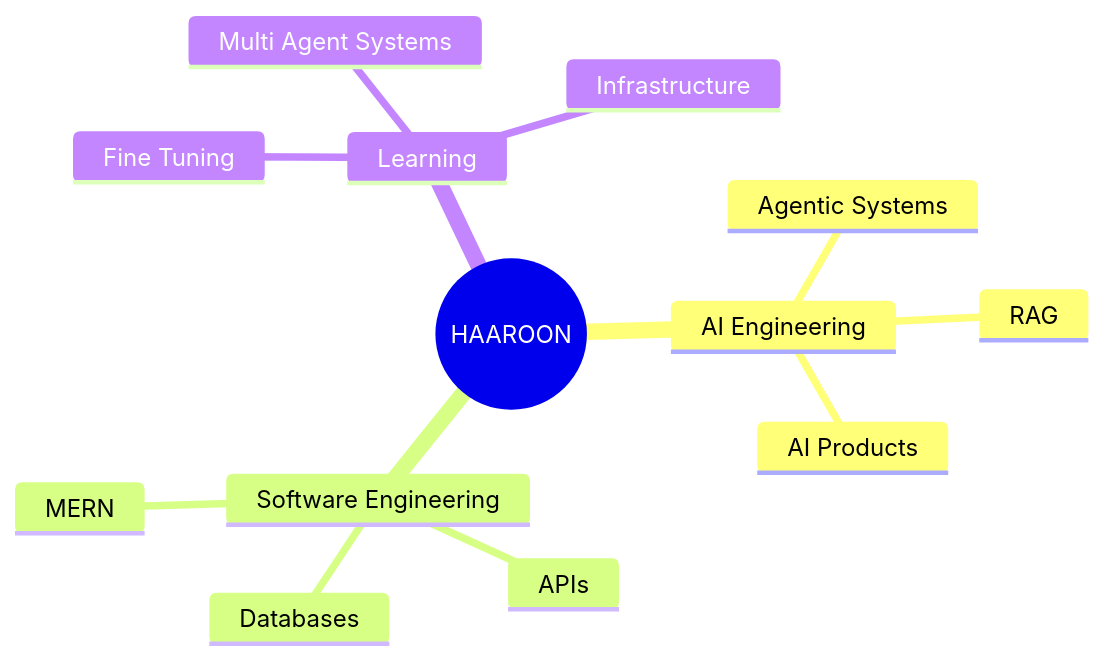
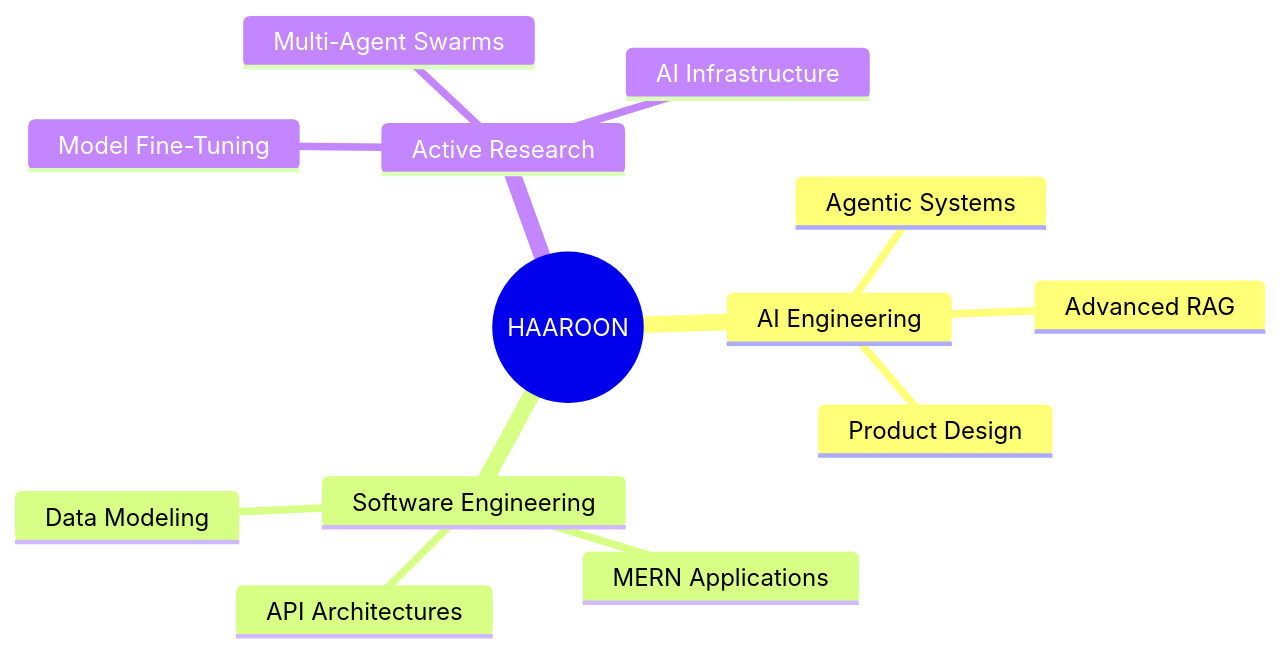
One commit to Haaroom/Haaroom changed the diagram in README.md. Above: the diagram before and after it, drawn with Mermaid. The commit also changed other lines of this file, not shown here.

````diff
--- a/README.md
+++ b/README.md
@@ -138,16 +112,16 @@
 ```mermaid
 mindmap
   root((HAAROON))
     AI Engineering
       Agentic Systems
-      RAG
-      AI Products
+      Advanced RAG
+      Product Design
     Software Engineering
-      MERN
-      APIs
-      Databases
-    Learning
-      Fine Tuning
-      Multi Agent Systems
-      Infrastructure
+      MERN Applications
+      API Architectures
+      Data Modeling
+    Active Research
+      Model Fine-Tuning
+      Multi-Agent Swarms
+      AI Infrastructure
 ```
````
